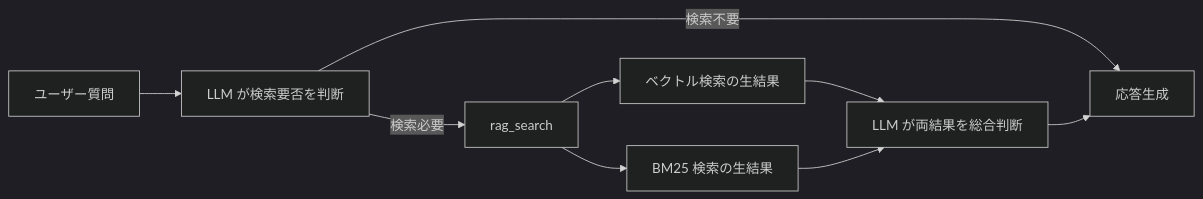
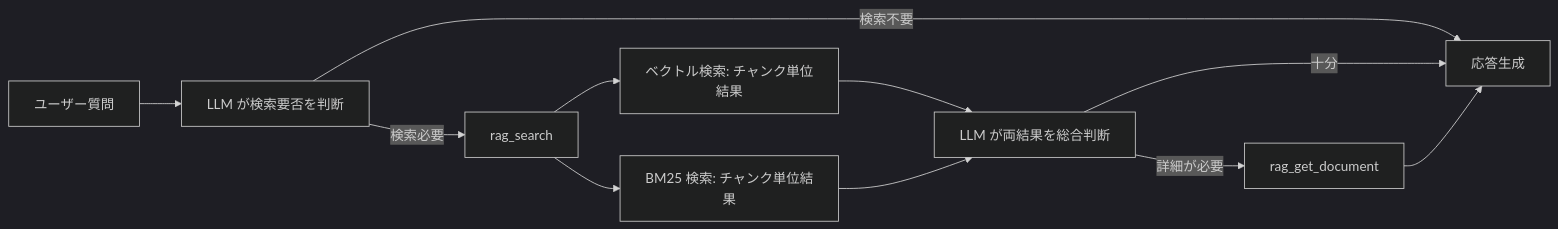
The third of 4 diagrams in docs/specs/rag-knowledge.md (becky3/rag-knowledge), drawn with Mermaid (dark theme) before and after one commit. The commit also changed other lines of this file and 9 other files, not shown here.

````diff
--- a/docs/specs/rag-knowledge.md
+++ b/docs/specs/rag-knowledge.md
@@ -306,11 +308,13 @@
 ```mermaid
 flowchart LR
     Q["ユーザー質問"] --> LLM["LLM が検索要否を判断"]
     LLM -->|検索必要| SEARCH["rag_search"]
     LLM -->|検索不要| ANS
-    SEARCH --> VR["ベクトル検索の生結果"]
-    SEARCH --> BR["BM25 検索の生結果"]
+    SEARCH --> VR["ベクトル検索: チャンク単位結果"]
+    SEARCH --> BR["BM25 検索: チャンク単位結果"]
     VR --> JUDGE["LLM が両結果を総合判断"]
     BR --> JUDGE
-    JUDGE --> ANS["応答生成"]
+    JUDGE -->|詳細が必要| GET["rag_get_document"]
+    JUDGE -->|十分| ANS["応答生成"]
+    GET --> ANS
 ```
````
